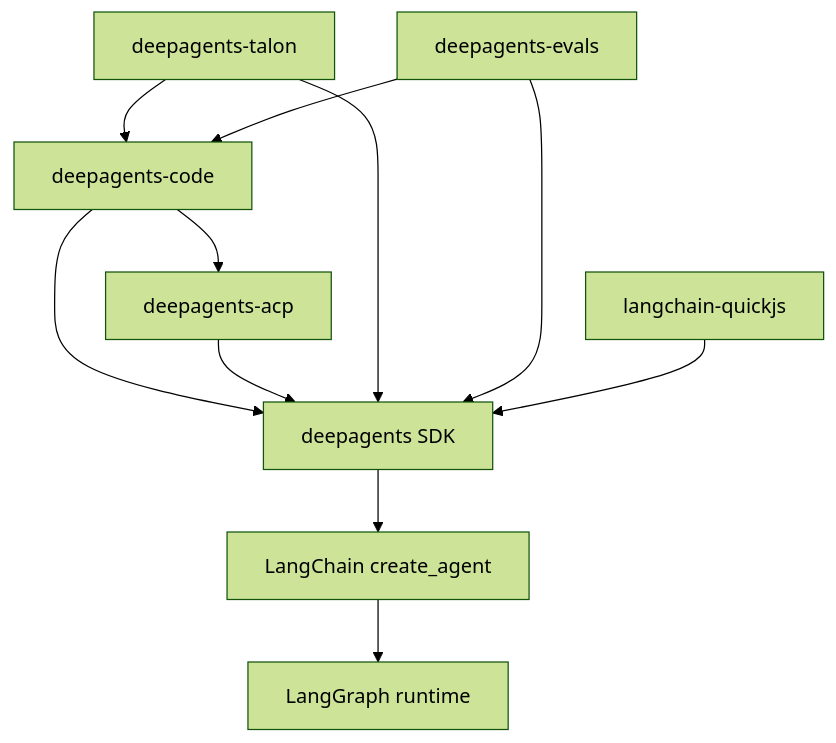
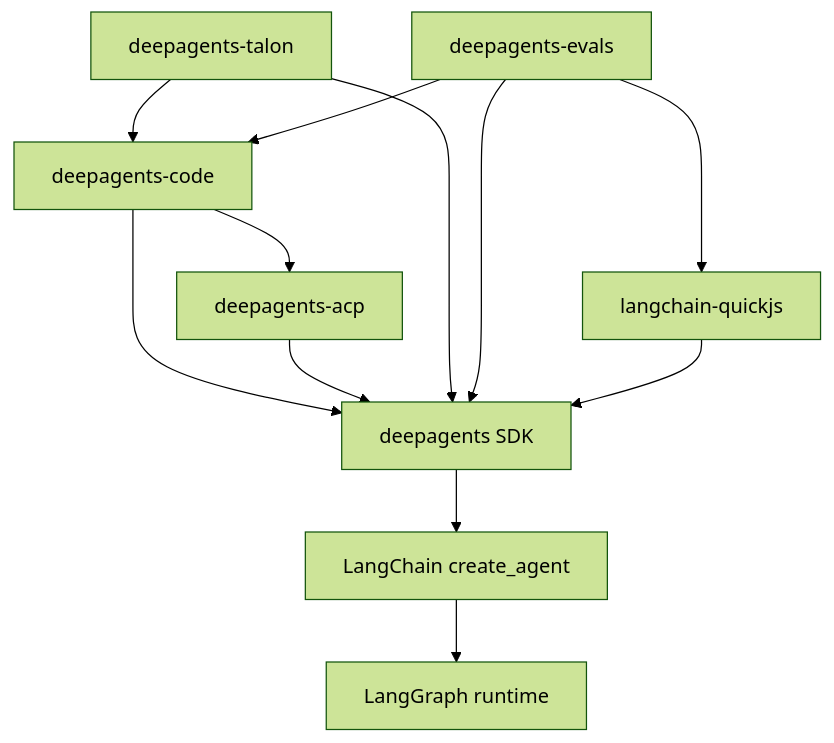
Before and after one commit to langchain-ai/deepagents: the first of 2 diagrams in openwiki/architecture/overview.md, drawn with Mermaid (forest theme). The commit also changed other lines of this file and 67 other files, not shown here.

````diff
--- a/openwiki/architecture/overview.md
+++ b/openwiki/architecture/overview.md
@@ -85,13 +80,14 @@
 ```mermaid
 flowchart TD
   Dcode["deepagents-code"] --> SDK["deepagents SDK"]
   Dcode --> ACP["deepagents-acp"]
   ACP --> SDK
   Talon["deepagents-talon"] --> SDK
   Talon --> Dcode
   Evals["deepagents-evals"] --> SDK
   Evals --> Dcode
-  QuickJS["langchain-quickjs"] --> SDK
+  Evals --> QuickJS["langchain-quickjs"]
+  QuickJS --> SDK
   SDK --> LangChain["LangChain create_agent"]
   LangChain --> LangGraph["LangGraph runtime"]
 ```
````
